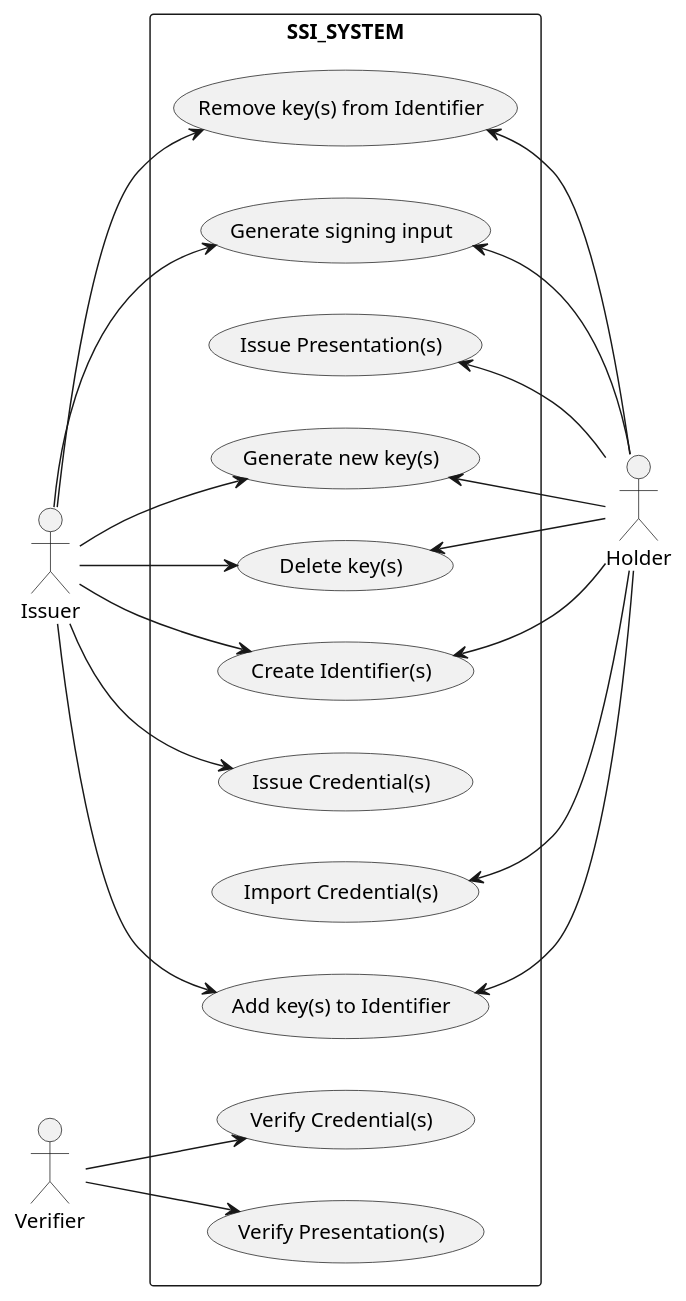
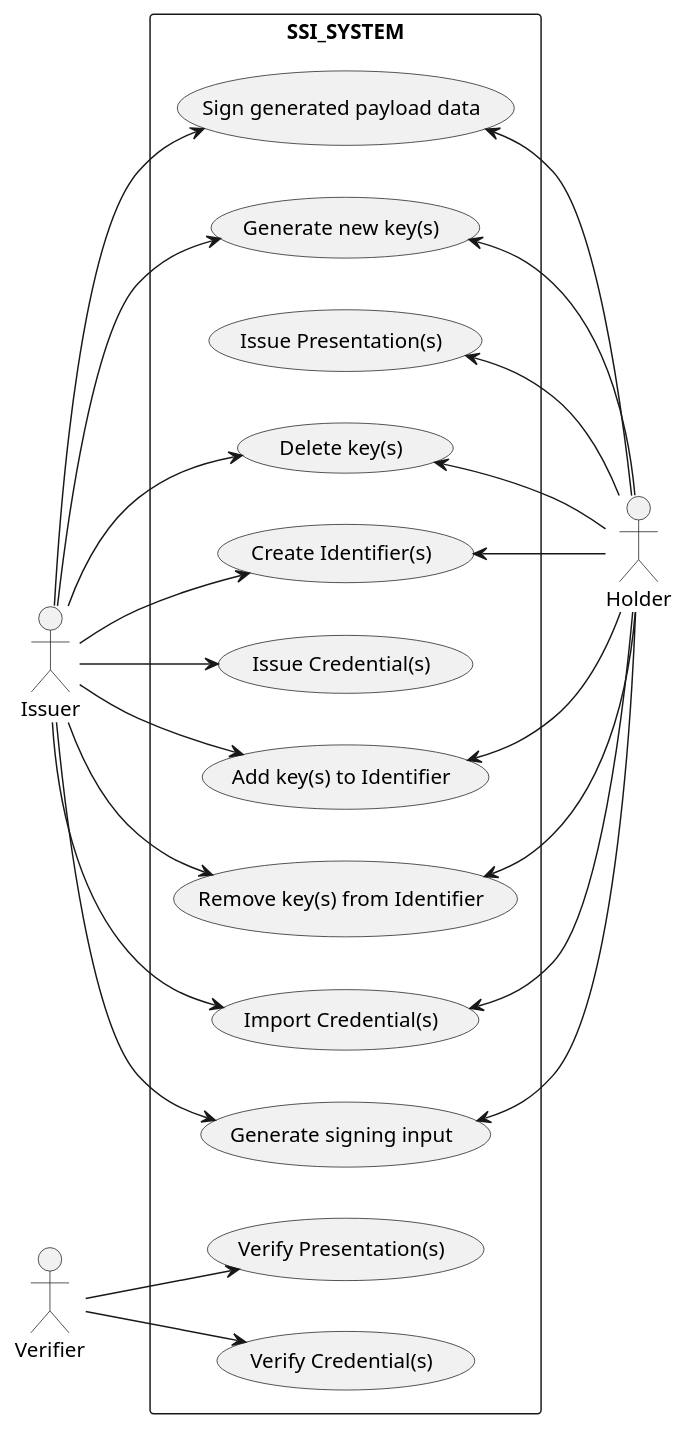
The diagram in diagrams/usecase.puml (tientaidev/ssi-demo), drawn with PlantUML before and after one commit. The commit also changed 2 other files, not shown here.

Commit message:
Update diagrams

```diff
--- a/diagrams/usecase.puml
+++ b/diagrams/usecase.puml
@@ -1,40 +1,44 @@
 @startuml usecase
 left to right direction
 actor "Issuer" as issuer
 actor "Verifier" as verifier
 actor "Holder" as holder
 rectangle SSI_SYSTEM {
   usecase "Create Identifier(s)" as CREATE_DID
   usecase "Issue Credential(s)" as ISSUE_VC
   usecase "Issue Presentation(s)" as ISSUE_VP
   usecase "Verify Credential(s)" as VERIFY_VC
   usecase "Verify Presentation(s)" as VERIFY_VP
   usecase "Add key(s) to Identifier" as ADD_KEY_DID
   usecase "Remove key(s) from Identifier" as REMOVE_KEY_DID
   usecase "Import Credential(s)" as IMPORT_VC
   usecase "Generate signing input" as GENERATE_INPUT 
+  usecase "Sign generated payload data" as SIGN_PAYLOAD 
   usecase "Generate new key(s)" as GENERATE_KEYS
   usecase "Delete key(s)" as DELETE_KEYS
 }
 issuer --> (CREATE_DID)
 issuer --> ISSUE_VC
 issuer --> ADD_KEY_DID
 issuer --> REMOVE_KEY_DID 
 issuer --> GENERATE_INPUT
 issuer --> GENERATE_KEYS
 issuer --> DELETE_KEYS
+issuer --> SIGN_PAYLOAD
+issuer --> IMPORT_VC
 
 verifier --> VERIFY_VC
 verifier --> VERIFY_VP
 
 CREATE_DID <-- holder
 ADD_KEY_DID <-- holder
 REMOVE_KEY_DID <-- holder 
-GENERATE_INPUT <-- holder 
+GENERATE_INPUT <-- holder
+SIGN_PAYLOAD <-- holder 
 GENERATE_KEYS <-- holder 
 DELETE_KEYS <-- holder 
 IMPORT_VC <-- holder
 ISSUE_VP <-- holder
 
 
 @enduml
```
